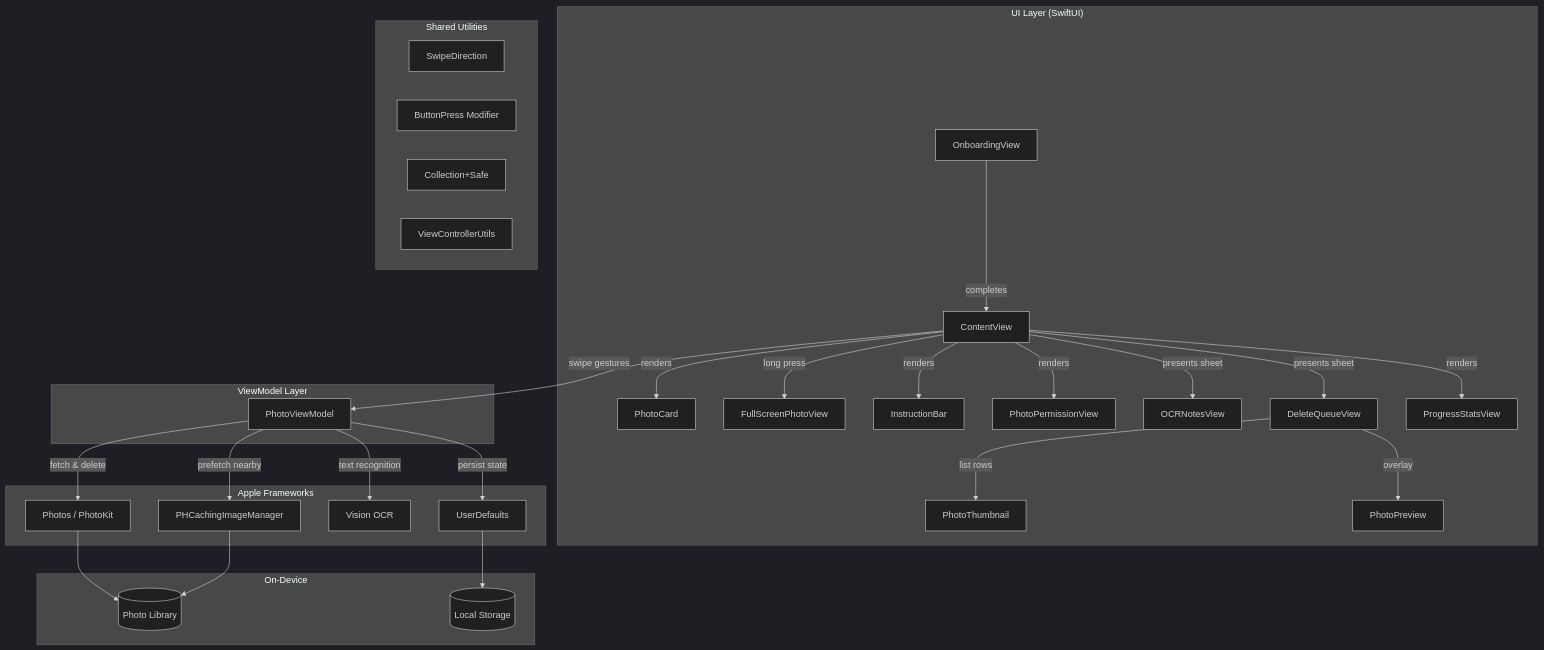
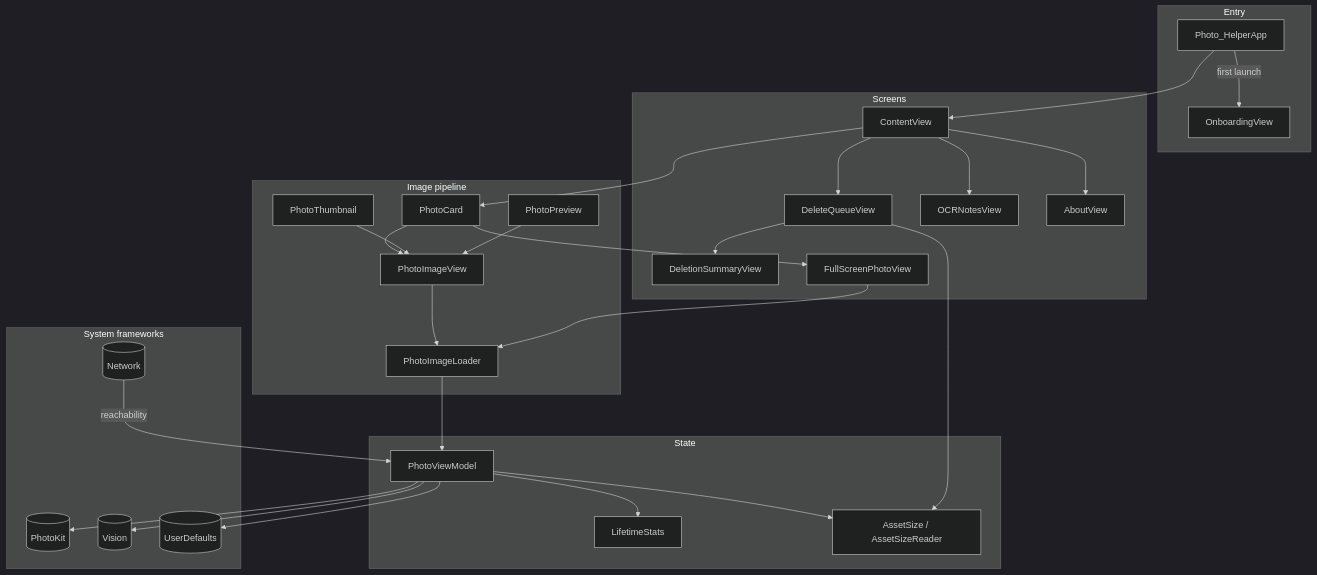
The diagram in public/data/portfolio/PixScan/architecture.md (Technical-1/All-About-Me), drawn with Mermaid (dark theme) before and after one commit. The commit also changed other lines of this file and 5 other files, not shown here.

````diff
--- a/public/data/portfolio/PixScan/architecture.md
+++ b/public/data/portfolio/PixScan/architecture.md
@@ -5,60 +5,52 @@
 ```mermaid
 flowchart TD
-    subgraph UI["UI Layer (SwiftUI)"]
+    subgraph Entry
+        APP[Photo_HelperApp]
         OB[OnboardingView]
-        CV[ContentView]
-        PC[PhotoCard]
-        FSPV[FullScreenPhotoView]
-        IB[InstructionBar]
-        PPV[PhotoPermissionView]
-        OCR_V[OCRNotesView]
-        DQ_V[DeleteQueueView]
-        PT[PhotoThumbnail]
-        PP[PhotoPreview]
-        PSV[ProgressStatsView]
     end
 
-    subgraph Shared["Shared Utilities"]
-        SD[SwipeDirection]
-        BP[ButtonPress Modifier]
-        CS[Collection+Safe]
-        VCU[ViewControllerUtils]
+    subgraph Screens["Screens"]
+        CV[ContentView]
+        DQ[DeleteQueueView]
+        OCRN[OCRNotesView]
+        SUM[DeletionSummaryView]
+        ABOUT[AboutView]
+        FSPV[FullScreenPhotoView]
     end
 
-    subgraph VM["ViewModel Layer"]
-        PVM[PhotoViewModel]
+    subgraph Imaging["Image pipeline"]
+        LOADER[PhotoImageLoader]
+        PIV[PhotoImageView]
+        CARD[PhotoCard]
+        THUMB[PhotoThumbnail]
+        PREV[PhotoPreview]
     end
 
-    subgraph Services["Apple Frameworks"]
-        PHLib[Photos / PhotoKit]
-        PHCache[PHCachingImageManager]
-        Vision[Vision OCR]
-        UD[UserDefaults]
+    subgraph Model["State"]
+        PVM[PhotoViewModel]
+        STATS[LifetimeStats]
+        SIZE[AssetSize / AssetSizeReader]
     end
 
-    subgraph Device["On-Device"]
-        PhotoLib[(Photo Library)]
-        Storage[(Local Storage)]
+    subgraph Platform["System frameworks"]
+        PK[(PhotoKit)]
+        VIS[(Vision)]
+        NET[(Network)]
+        UD[(UserDefaults)]
     end
 
-    OB -->|completes| CV
-    CV -->|swipe gestures| PVM
-    CV -->|renders| PC
-    CV -->|renders| IB
-    CV -->|long press| FSPV
-    CV -->|renders| PPV
-    CV -->|presents sheet| OCR_V
-    CV -->|renders| PSV
-    CV -->|presents sheet| DQ_V
-    DQ_V -->|list rows| PT
-    DQ_V -->|overlay| PP
-
-    PVM -->|fetch & delete| PHLib
-    PVM -->|prefetch nearby| PHCache
-    PVM -->|text recognition| Vision
-    PVM -->|persist state| UD
-
-    PHLib --> PhotoLib
-    PHCache --> PhotoLib
-    UD --> Storage
+    APP -->|first launch| OB
+    APP --> CV
+    CV --> DQ & OCRN & ABOUT & CARD
+    DQ --> SUM
+    CARD --> PIV & FSPV
+    THUMB --> PIV
+    PREV --> PIV
+    PIV --> LOADER
+    FSPV --> LOADER
+    LOADER --> PVM
+    PVM --> PK & VIS & UD
+    PVM --> STATS & SIZE
+    NET -->|reachability| PVM
+    DQ --> SIZE
 ```
````
